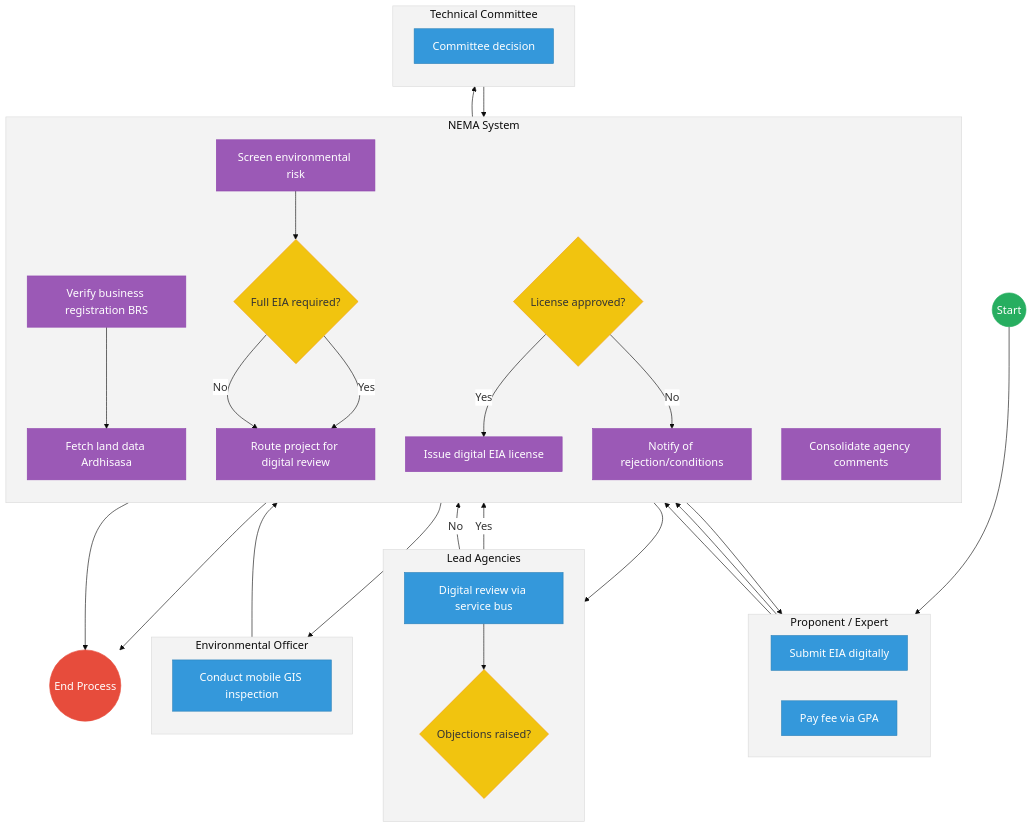
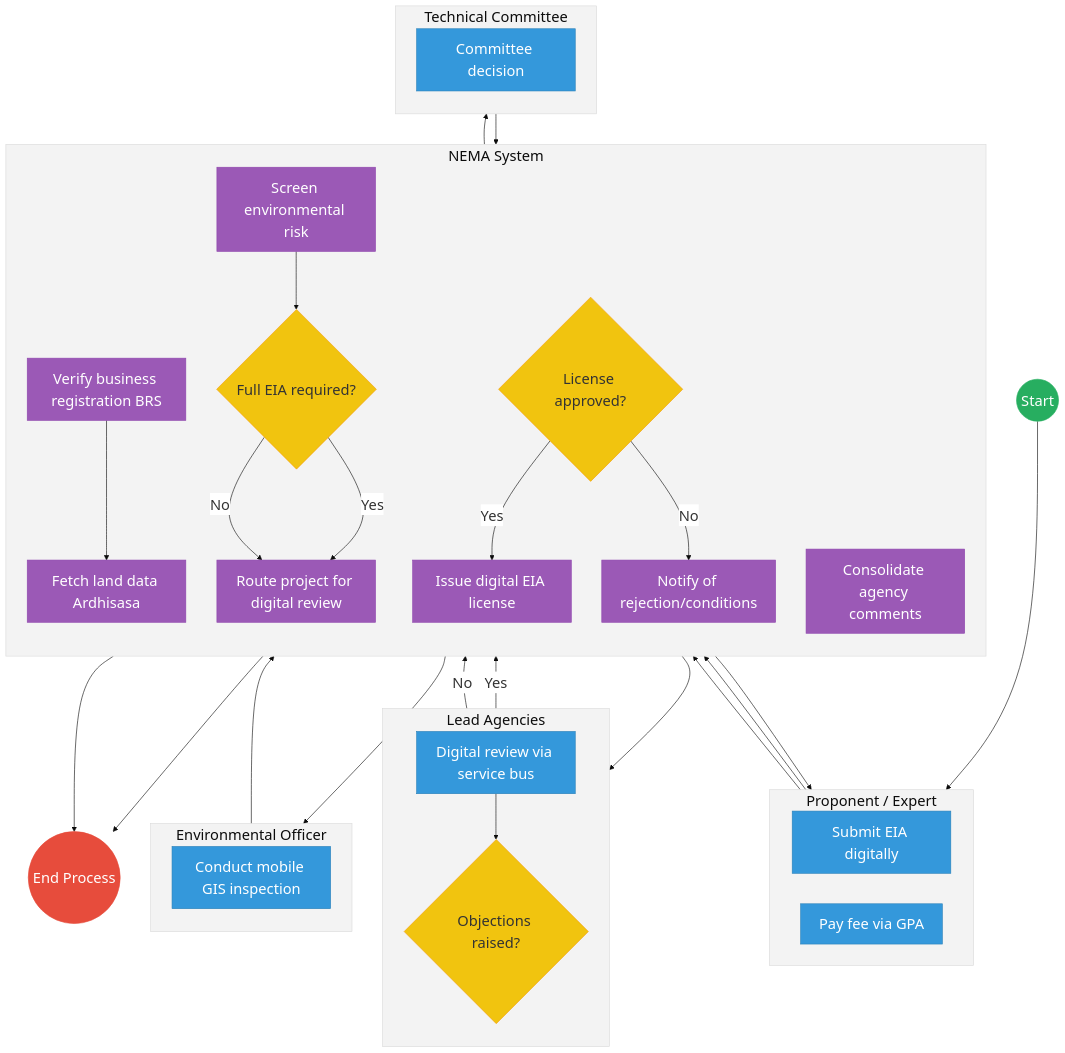
The second of 2 diagrams in mdas/docs_final/priority_mdas/National_Environment_Management_Authority___Service_Delivery.md (BITZ-IT-Consulting-LTD/ictapoc), drawn with Mermaid before and after one commit. The commit also changed other lines of this file and 196 other files, not shown here.

````diff
--- a/mdas/docs_final/priority_mdas/National_Environment_Management_Authority___Service_Delivery.md
+++ b/mdas/docs_final/priority_mdas/National_Environment_Management_Authority___Service_Delivery.md
@@ -169,5 +169,5 @@
 ```mermaid
-%%{init: { 'theme': 'base', 'themeVariables': { 'fontSize': '18px', 'fontFamily': 'Inter, system-ui, sans-serif', 'primaryColor': '#ffffff', 'edgeLabelBackground':'#ffffff', 'tertiaryColor': '#f3f3f3', 'mainBkg': '#ffffff', 'nodeBorder': '#333333' } } }%%
+%%{init: { 'theme': 'base', 'themeVariables': { 'fontSize': '24px', 'fontFamily': 'Inter, system-ui, sans-serif', 'primaryColor': '#ffffff', 'edgeLabelBackground':'#ffffff', 'tertiaryColor': '#f3f3f3', 'mainBkg': '#ffffff', 'nodeBorder': '#333333' } } }%%
 flowchart TD
     %% Events
     Start((Start))
@@ -238,11 +238,11 @@
     NotifyRej --> EndProcess
 
     %% Styling
-    classDef startEvent fill:#27ae60,stroke:#27ae60,color:#fff;
-    classDef endEvent fill:#e74c3c,stroke:#e74c3c,color:#fff;
-    classDef userTask fill:#3498db,stroke:#2980b9,color:#fff;
-    classDef serviceTask fill:#9b59b6,stroke:#8e44ad,color:#fff;
-    classDef gateway fill:#f1c40f,stroke:#f39c12,color:#333;
+    classDef startEvent fill:#27ae60,stroke:#27ae60,color:#fff,font-size:24px,font-size:24px;;
+    classDef endEvent fill:#e74c3c,stroke:#e74c3c,color:#fff,font-size:24px,font-size:24px;;
+    classDef userTask fill:#3498db,stroke:#2980b9,color:#fff,font-size:24px,font-size:24px;;
+    classDef serviceTask fill:#9b59b6,stroke:#8e44ad,color:#fff,font-size:24px,font-size:24px;;
+    classDef gateway fill:#f1c40f,stroke:#f39c12,color:#333,font-size:24px,font-size:24px;;
     
     class Start startEvent;
     class EndProcess endEvent;
````
